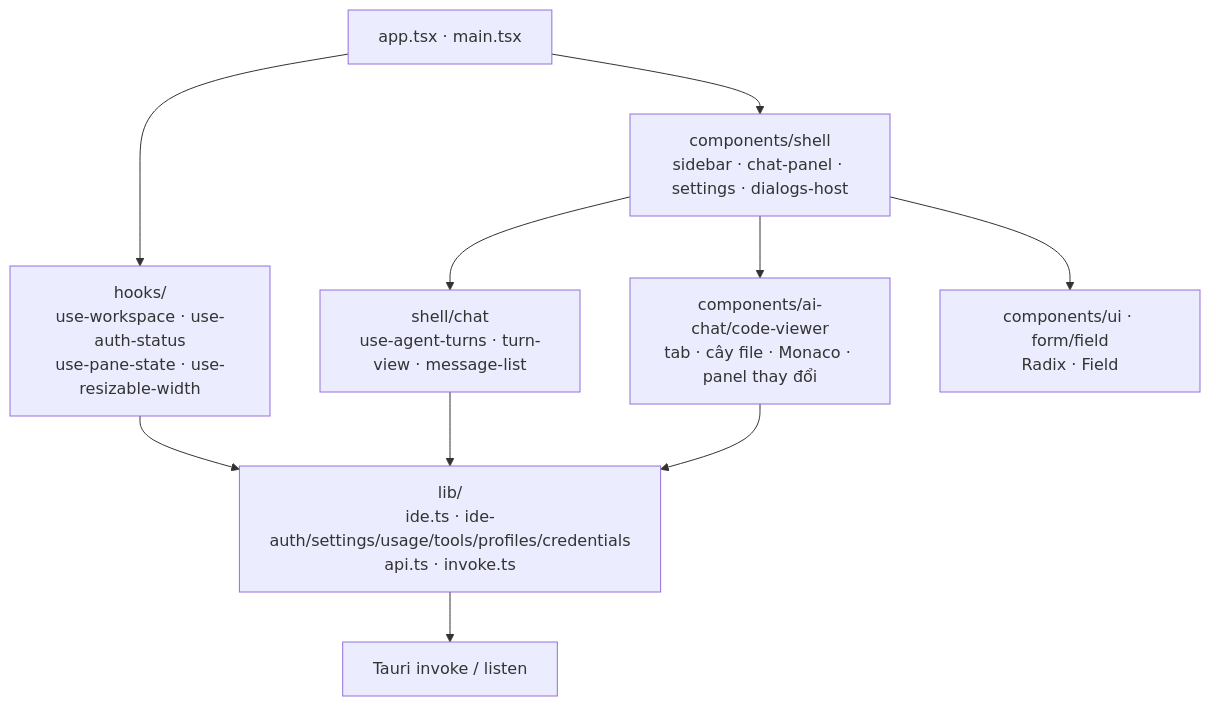
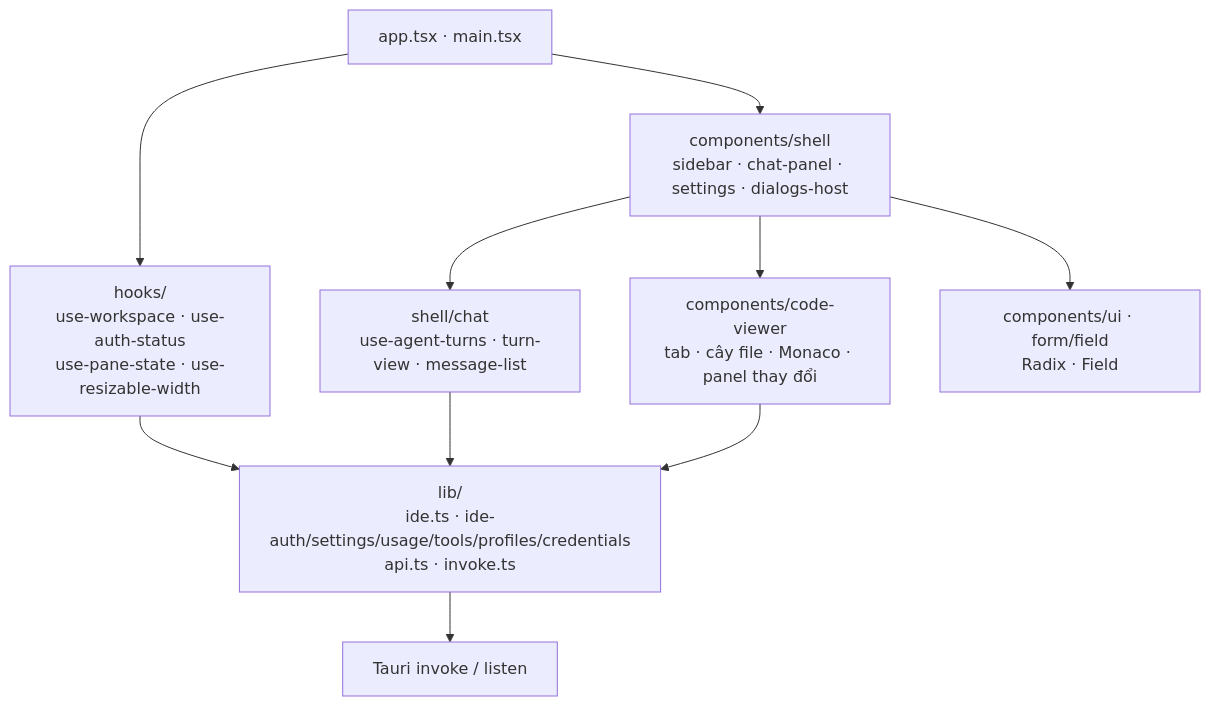
One commit to 0132E282/codexis-ide changed the fourth of 30 diagrams in docs/system/architecture.md. Above: the diagram before and after it, drawn with Mermaid. The commit also changed other lines of this file and 44 other files, not shown here.

First line of the commit message:
Move code viewer out of ai-chat into components/code-viewer

````diff
--- a/docs/system/architecture.md
+++ b/docs/system/architecture.md
@@ -150,10 +150,10 @@
 ```mermaid
 flowchart TD
     app["app.tsx · main.tsx"] --> hooks["hooks/<br/>use-workspace · use-auth-status<br/>use-pane-state · use-resizable-width"]
     app --> shell["components/shell<br/>sidebar · chat-panel · settings · dialogs-host"]
     shell --> chat["shell/chat<br/>use-agent-turns · turn-view · message-list"]
-    shell --> viewer["components/ai-chat/code-viewer<br/>tab · cây file · Monaco · panel thay đổi"]
+    shell --> viewer["components/code-viewer<br/>tab · cây file · Monaco · panel thay đổi"]
     shell --> ui["components/ui · form/field<br/>Radix · Field"]
     chat & viewer & hooks --> lib["lib/<br/>ide.ts · ide-auth/settings/usage/tools/profiles/credentials<br/>api.ts · invoke.ts"]
     lib --> tauri["Tauri invoke / listen"]
 ```
````
